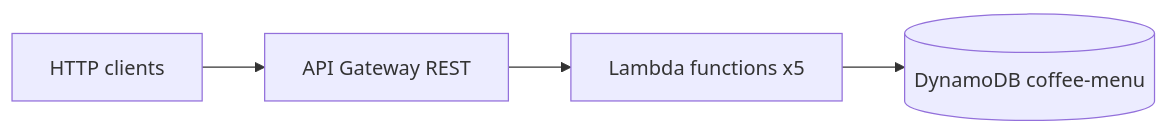
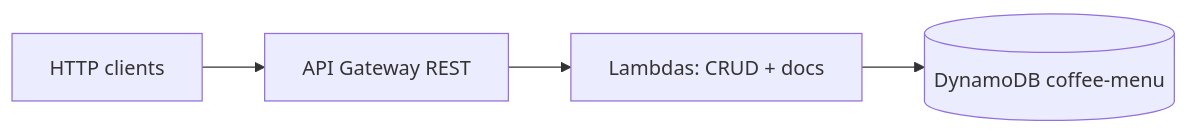
Before and after one commit to vguerrero7229/serverless-crud-coffee: the diagram in README.md, drawn with Mermaid. The commit also changed other lines of this file and 3 other files, not shown here.

````diff
--- a/README.md
+++ b/README.md
@@ -7,9 +7,9 @@
 ```mermaid
 flowchart LR
   Client[HTTP clients]
   APIGW[API Gateway REST]
-  L[Lambda functions x5]
+  L[Lambdas: CRUD + docs]
   DDB[(DynamoDB coffee-menu)]
 
   Client --> APIGW --> L --> DDB
 ```
````
